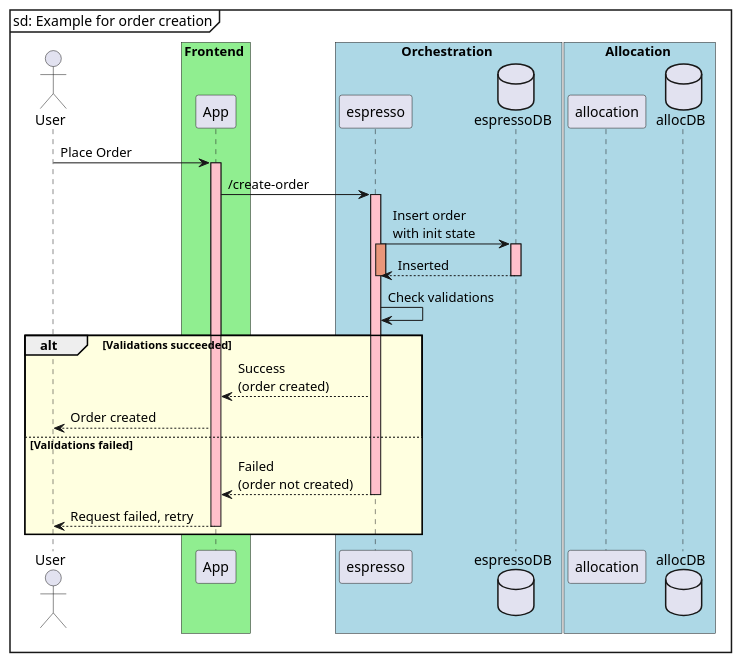
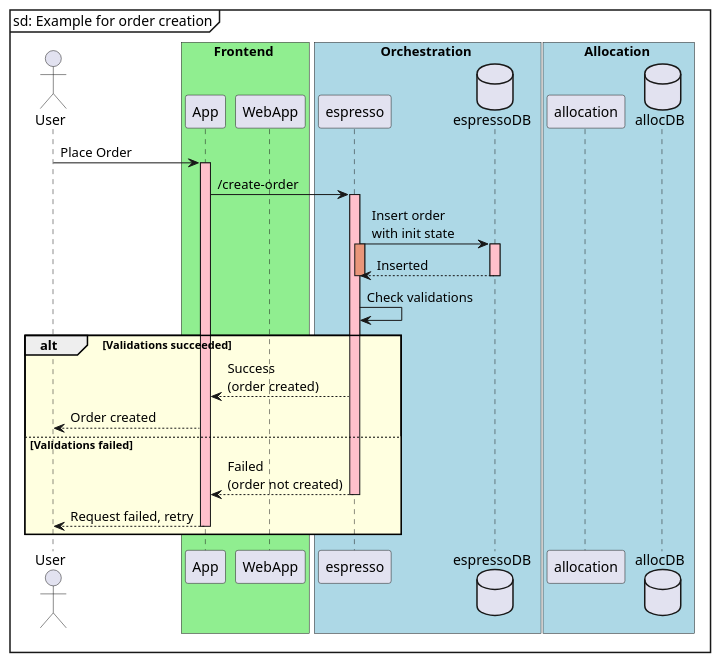
The diagram in test-feature/flow-xyz.puml (rakesh-k-dunzo/dms-uml-diagrams), drawn with PlantUML before and after one commit. The commit also changed 13 other files, not shown here.

```diff
--- a/test-feature/flow-xyz.puml
+++ b/test-feature/flow-xyz.puml
@@ -1,41 +1,42 @@
 @startuml
 
 mainframe sd: Example for order creation
 
 actor User
 
 box Frontend #lightgreen
 participant App
+participant WebApp
 end box
 
 box Orchestration #lightblue
 participant espresso
 database espressoDB
 end box
 
 box Allocation #lightblue
 participant allocation
 database allocDB
 end box
 
 User -> App: Place Order
 activate App #pink
 App -> espresso: /create-order
 activate espresso #pink
 espresso -> espressoDB: Insert order \nwith init state
 activate espresso #darksalmon
 activate espressoDB #pink
 espressoDB --> espresso: Inserted
 deactivate espresso
 deactivate espressoDB
 espresso -> espresso: Check validations
 alt #lightyellow Validations succeeded
 espresso --> App: Success\n(order created)
 App --> User: Order created
 else Validations failed
 espresso --> App: Failed\n(order not created)
 deactivate espresso
 App --> User: Request failed, retry
 deactivate App
 end
 @enduml
```
